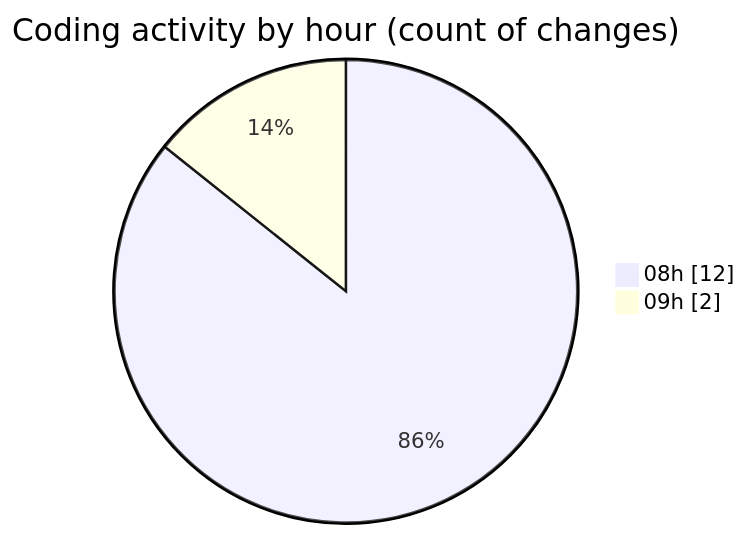
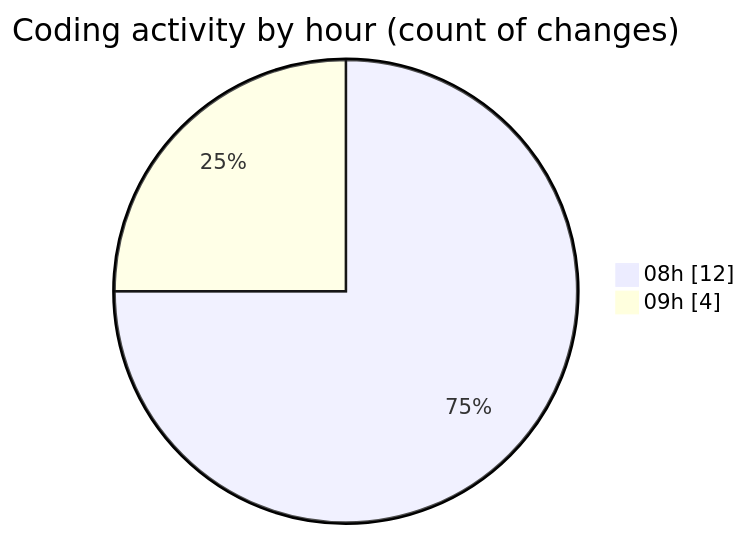
One commit to robertbonfada/code-tracking changed the second of 2 diagrams in 2025-03-10/audiobooks-web/README.md. Above: the diagram before and after it, drawn with Mermaid. The commit also changed other lines of this file and 1 other file, not shown here.

````diff
--- a/2025-03-10/audiobooks-web/README.md
+++ b/2025-03-10/audiobooks-web/README.md
@@ -34,6 +34,6 @@
 ```mermaid
 pie showData
 title Coding activity by hour (count of changes)
 "08h" : 12
-"09h" : 2
+"09h" : 4
 ```
````
